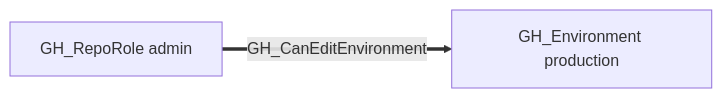
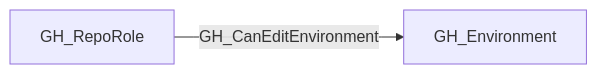
Before and after one commit to SpecterOps/openhound-github: the diagram in descriptions/edges/GH_CanEditEnvironment.md, drawn with Mermaid. The commit also changed other lines of this file and 194 other files, not shown here.

````diff
--- a/descriptions/edges/GH_CanEditEnvironment.md
+++ b/descriptions/edges/GH_CanEditEnvironment.md
@@ -12,4 +22,6 @@
 ```mermaid
 graph LR
-    role["GH_RepoRole admin"] ==>|GH_CanEditEnvironment| env["GH_Environment production"]
+    n0["GH_RepoRole"]
+    n1["GH_Environment"]
+    n0 -->|GH_CanEditEnvironment| n1
 ```
````
